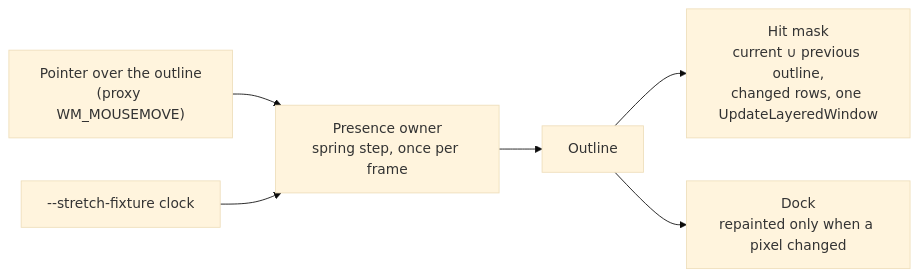
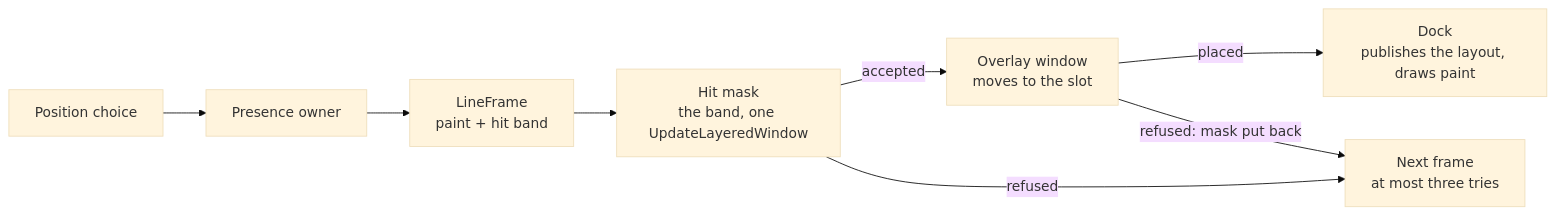
The second of 3 diagrams in docs/development/presence.md (labcoder/capsula), drawn with Mermaid (base theme) before and after one commit. The commit also changed other lines of this file and 32 other files, not shown here.

Commit message:
feat(shell): draw the dock as an antialiased line (#99)

````diff
--- a/docs/development/presence.md
+++ b/docs/development/presence.md
@@ -89,8 +96,10 @@
 ```mermaid
 flowchart LR
-    Ptr["Pointer over the outline<br/>(proxy WM_MOUSEMOVE)"] --> Owner
-    Fix["--stretch-fixture clock"] --> Owner
-    Owner["Presence owner<br/>spring step, once per frame"] --> Out["Outline"]
-    Out --> Mask["Hit mask<br/>current ∪ previous outline,<br/>changed rows, one UpdateLayeredWindow"]
-    Out --> Dock["Dock<br/>repainted only when a pixel changed"]
+    Pos["Position choice"] --> Owner["Presence owner"]
+    Owner --> Frame["LineFrame<br/>paint + hit band"]
+    Frame --> Mask["Hit mask<br/>the band, one UpdateLayeredWindow"]
+    Mask -->|accepted| Overlay["Overlay window<br/>moves to the slot"]
+    Overlay -->|placed| Dock["Dock<br/>publishes the layout, draws paint"]
+    Mask -->|refused| Retry["Next frame<br/>at most three tries"]
+    Overlay -->|refused: mask put back| Retry
 ```
````
